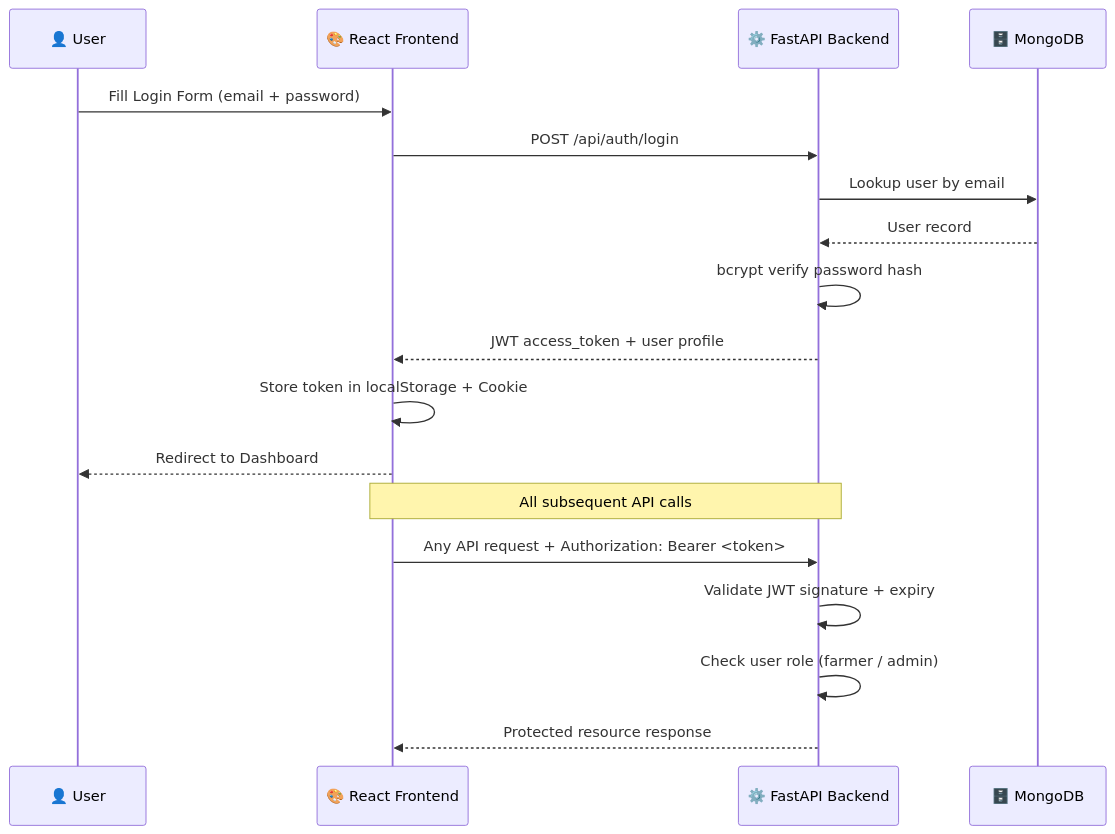
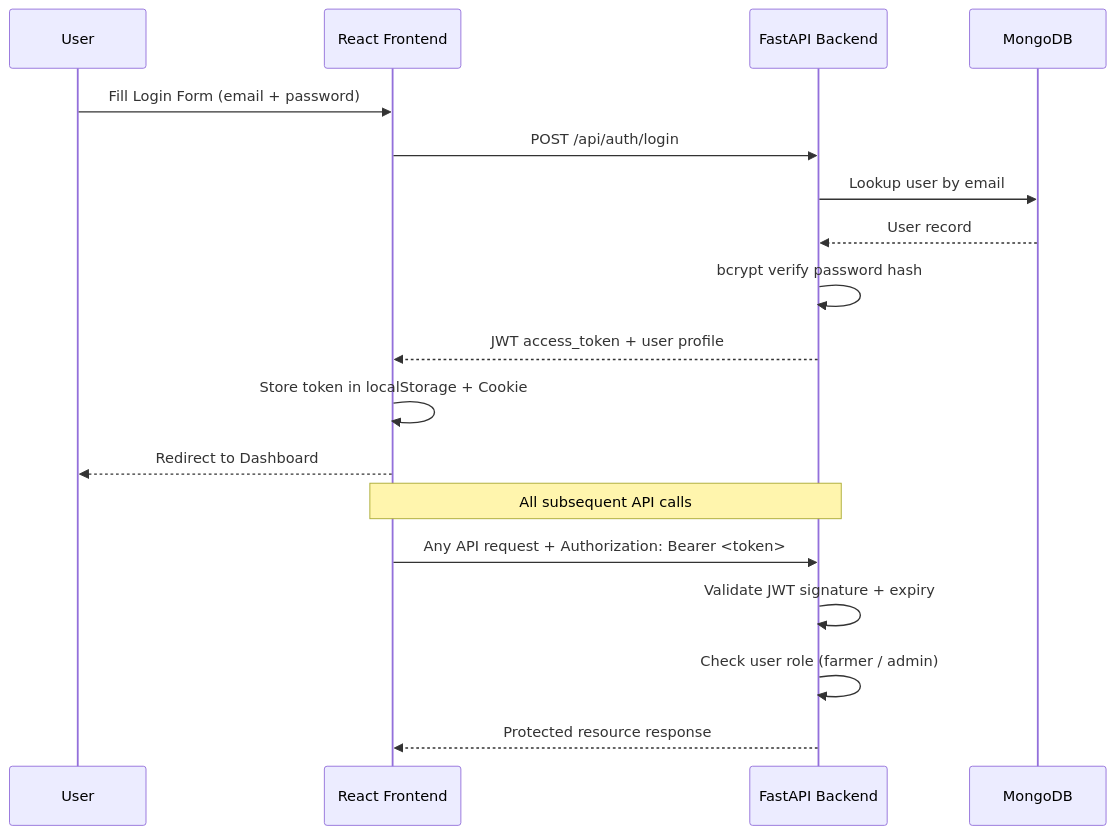
Before and after one commit to Yash191220/Yashraj_-Crop-Yield-Prediction-Agricultural-Productivity-Forecasting-System: the fifth of 5 diagrams in README.md, drawn with Mermaid. The commit also changed other lines of this file, not shown here.

````diff
--- a/README.md
+++ b/README.md
@@ -339,22 +339,22 @@
 ```mermaid
 sequenceDiagram
-    participant U as 👤 User
-    participant F as 🎨 React Frontend
-    participant B as ⚙️ FastAPI Backend
-    participant DB as 🗄️ MongoDB
+    participant U as User
+    participant F as React Frontend
+    participant B as FastAPI Backend
+    participant DB as MongoDB
 
     U->>F: Fill Login Form (email + password)
     F->>B: POST /api/auth/login
     B->>DB: Lookup user by email
     DB-->>B: User record
     B->>B: bcrypt verify password hash
     B-->>F: JWT access_token + user profile
     F->>F: Store token in localStorage + Cookie
     F-->>U: Redirect to Dashboard
 
     Note over F,B: All subsequent API calls
     F->>B: Any API request + Authorization: Bearer <token>
     B->>B: Validate JWT signature + expiry
     B->>B: Check user role (farmer / admin)
     B-->>F: Protected resource response
 ```
````
